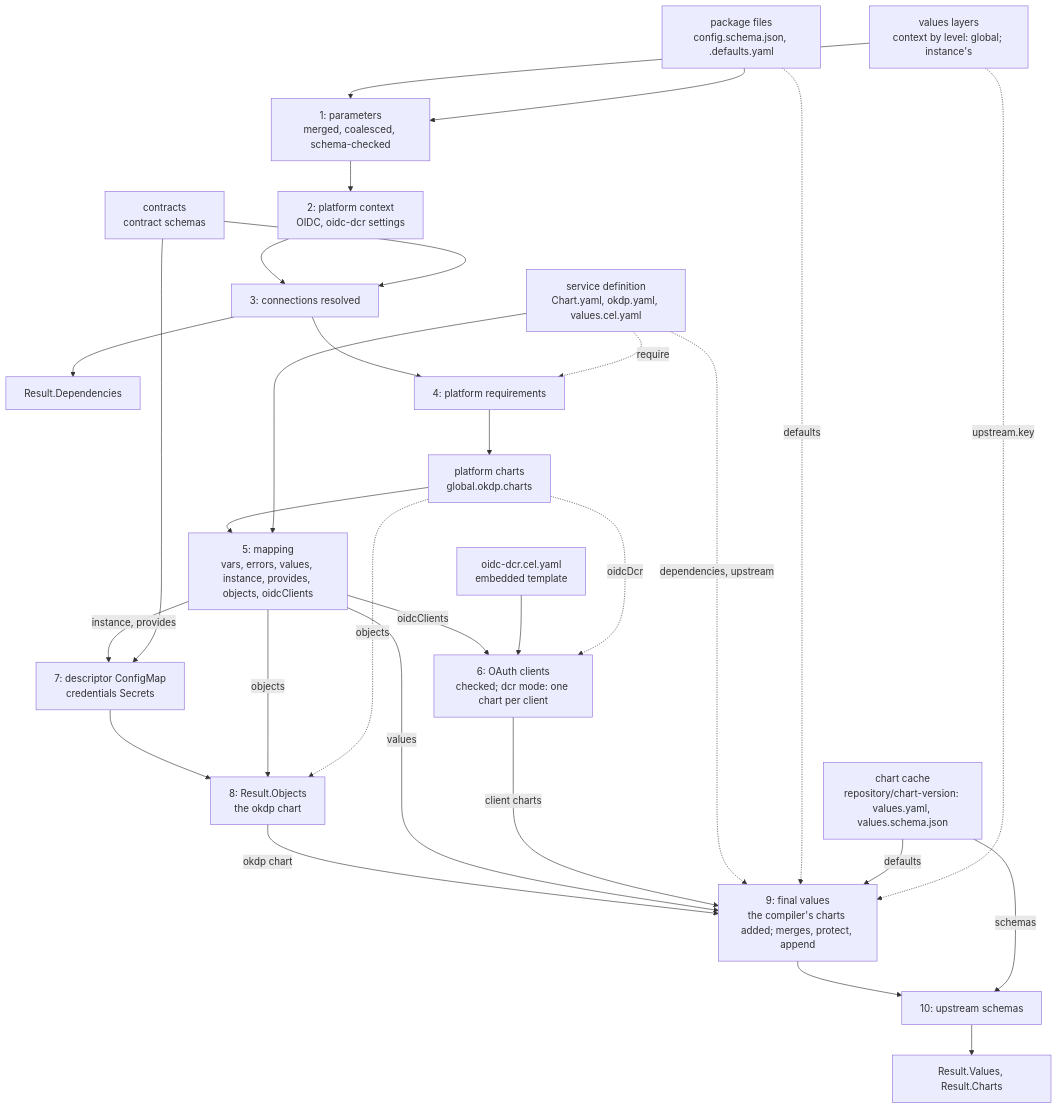
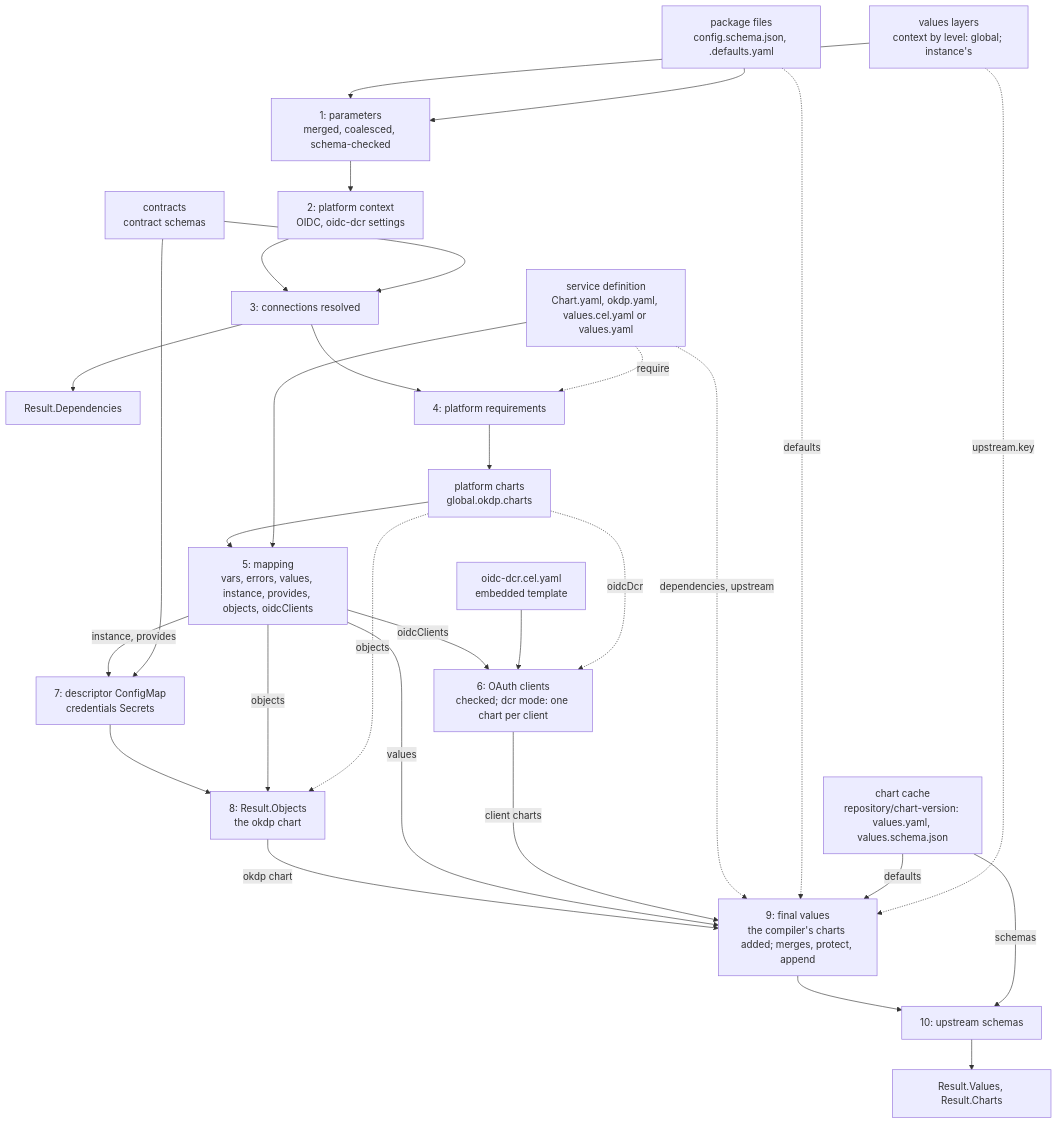
One commit to OKDP/okdp-compiler changed the diagram in docs/00_architecture.md. Above: the diagram before and after it, drawn with Mermaid. The commit also changed other lines of this file and 18 other files, not shown here.

Commit message:
feat: values.yaml, the charts' values without expressions

````diff
--- a/docs/00_architecture.md
+++ b/docs/00_architecture.md
@@ -45,39 +46,39 @@
 ```mermaid
 flowchart TD
-  def["service definition<br/>Chart.yaml, okdp.yaml, values.cel.yaml"]
+  def["service definition<br/>Chart.yaml, okdp.yaml, values.cel.yaml or values.yaml"]
   pkg["package files<br/>config.schema.json, <key>.defaults.yaml"]
   layers["values layers<br/>context by level: global; instance's"]
   contracts["contracts<br/>contract schemas"]
   cache["chart cache<br/>repository/chart-version: values.yaml, values.schema.json"]
   tmpl["oidc-dcr.cel.yaml<br/>embedded template"]
 
   layers --> s1["1: parameters<br/>merged, coalesced, schema-checked"]
   pkg --> s1
   s1 --> s2["2: platform context<br/>OIDC, oidc-dcr settings"]
   s2 --> s3["3: connections resolved"]
   contracts --> s3
   s3 --> deps["Result.Dependencies"]
   s3 --> s4["4: platform requirements"]
   def -. "require" .-> s4
   s4 --> pc["platform charts<br/>global.okdp.charts"]
   pc --> s5["5: mapping<br/>vars, errors, values, instance, provides, objects, oidcClients"]
   def --> s5
   s5 -- oidcClients --> s6["6: OAuth clients<br/>checked; dcr mode: one chart per client"]
   tmpl --> s6
   pc -. oidcDcr .-> s6
   s5 -- "instance, provides" --> s7["7: descriptor ConfigMap<br/>credentials Secrets"]
   contracts --> s7
   s7 --> s8["8: Result.Objects<br/>the okdp chart"]
   s5 -- objects --> s8
   pc -. objects .-> s8
   s8 -- "okdp chart" --> s9
   s5 -- values --> s9["9: final values<br/>the compiler's charts added; merges, protect, append"]
   s6 -- "client charts" --> s9
   def -. "dependencies, upstream" .-> s9
   pkg -. defaults .-> s9
   cache -- defaults --> s9
   layers -. "upstream.key" .-> s9
   s9 --> s10["10: upstream schemas"]
   cache -- schemas --> s10
   s10 --> vals["Result.Values, Result.Charts"]
 ```
````
